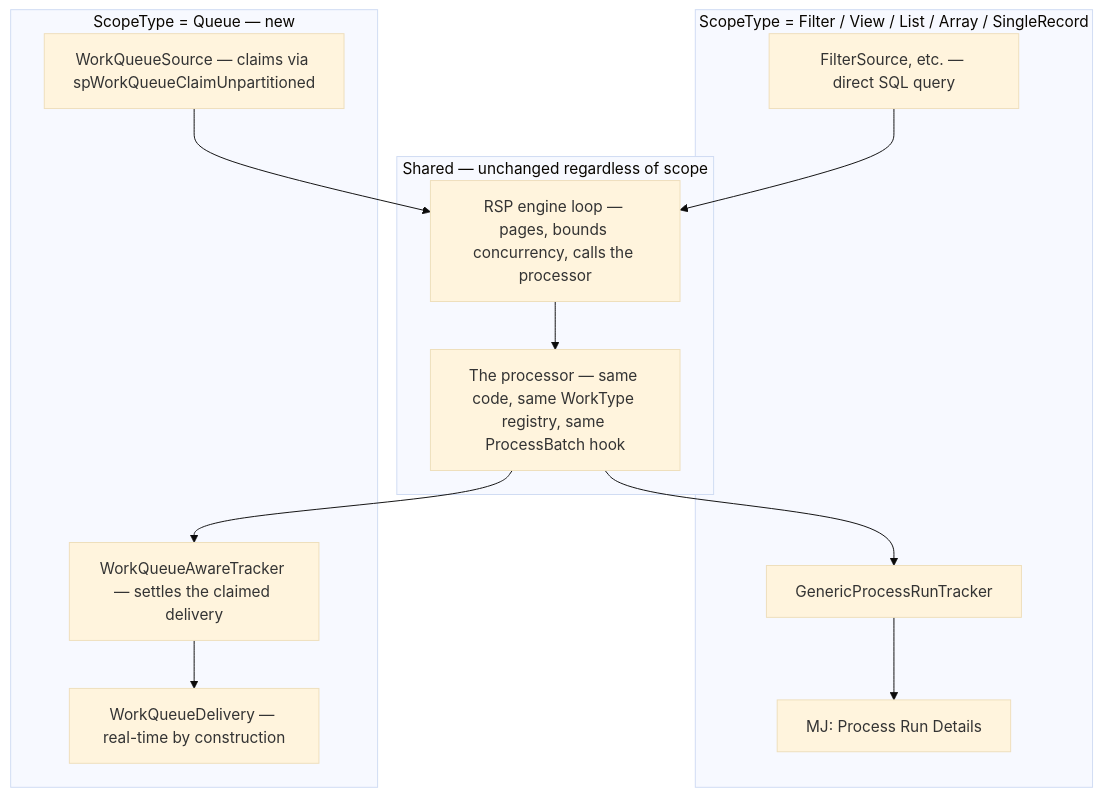
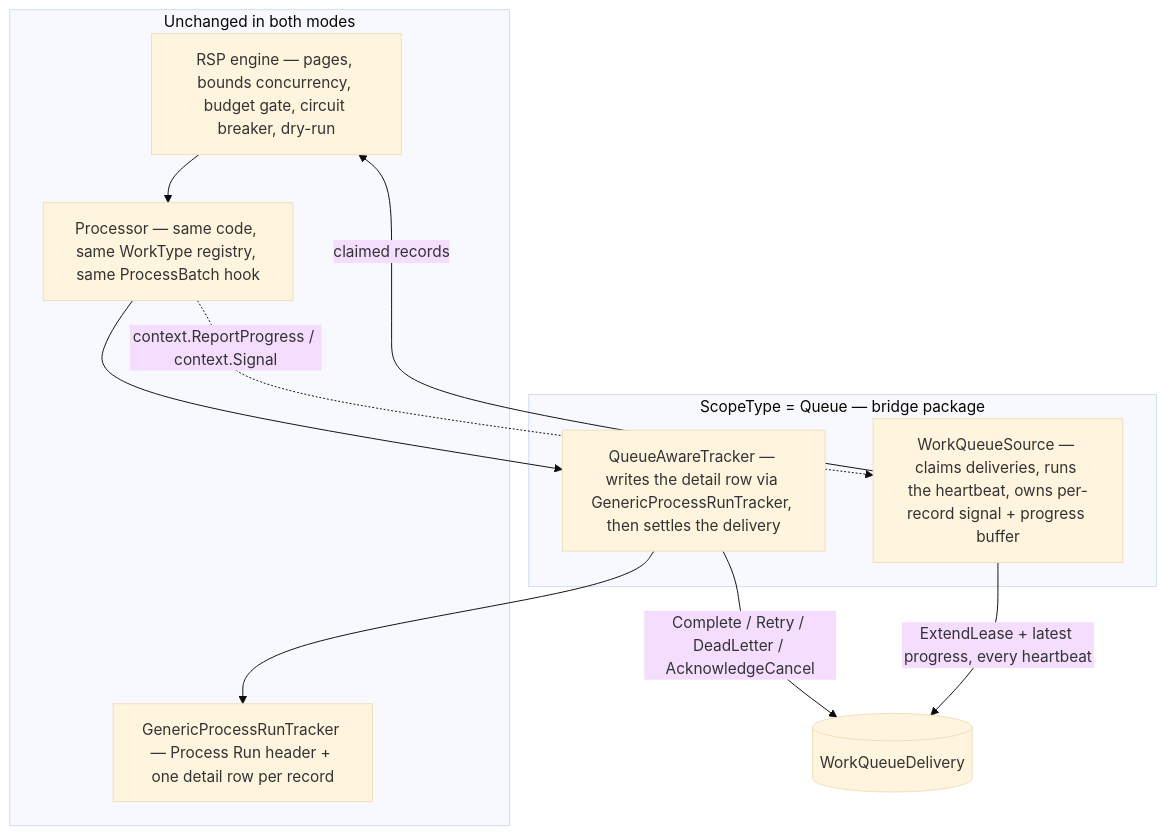
Before and after one commit to MemberJunction/MJ: the second of 2 diagrams in plans/content-pipeline-framework-merged.md, drawn with Mermaid (base theme). The commit also changed other lines of this file, not shown here.

First line of the commit message:
Revise merged plan: heartbeat progress, in-flight cancel, detail rows in queue mode

````diff
--- a/plans/content-pipeline-framework-merged.md
+++ b/plans/content-pipeline-framework-merged.md
@@ -99,23 +128,19 @@
 ```mermaid
 flowchart TB
-    subgraph Shared["Shared — unchanged regardless of scope"]
-        Engine["RSP engine loop — pages, bounds concurrency, calls the processor"]
-        Processor["The processor — same code, same WorkType registry, same ProcessBatch hook"]
+    subgraph Unchanged["Unchanged in both modes"]
+        Engine["RSP engine — pages, bounds concurrency, budget gate, circuit breaker, dry-run"]
+        Processor["Processor — same code, same WorkType registry, same ProcessBatch hook"]
+        Generic["GenericProcessRunTracker — Process Run header + one detail row per record"]
     end
-    subgraph FilterPath["ScopeType = Filter / View / List / Array / SingleRecord"]
-        FS["FilterSource, etc. — direct SQL query"]
-        GT["GenericProcessRunTracker"]
-        PRD["MJ: Process Run Details"]
+    subgraph Queue["ScopeType = Queue — bridge package"]
+        Source["WorkQueueSource — claims deliveries, runs the heartbeat, owns per-record signal + progress buffer"]
+        Tracker["QueueAwareTracker — writes the detail row via GenericProcessRunTracker, then settles the delivery"]
     end
-    subgraph QueuePath["ScopeType = Queue — new"]
-        WQS["WorkQueueSource — claims via spWorkQueueClaimUnpartitioned"]
-        WQT["WorkQueueAwareTracker — settles the claimed delivery"]
-        WQD["WorkQueueDelivery — real-time by construction"]
-    end
-
-    FS --> Engine
-    WQS --> Engine
+    Source -->|"claimed records"| Engine
     Engine --> Processor
-    Processor --> GT --> PRD
-    Processor --> WQT --> WQD
+    Processor -. "context.ReportProgress / context.Signal" .-> Source
+    Processor --> Tracker
+    Tracker --> Generic
+    Tracker -->|"Complete / Retry / DeadLetter / AcknowledgeCancel"| WQ[("WorkQueueDelivery")]
+    Source -->|"ExtendLease + latest progress, every heartbeat"| WQ
 ```
````
